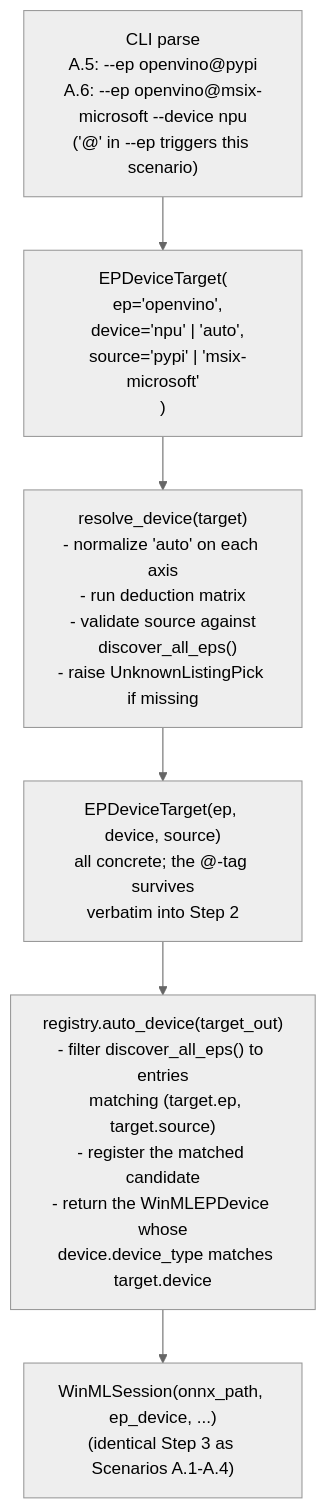
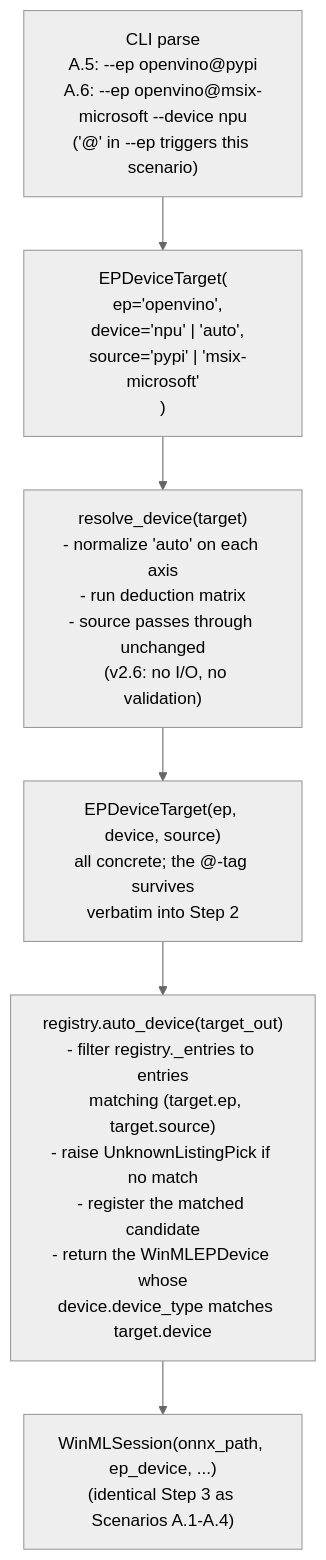
One commit to microsoft/winml-cli changed the second of 4 diagrams in docs/design/session/2_coreloop.md. Above: the diagram before and after it, drawn with Mermaid (neutral theme). The commit also changed other lines of this file and 5 other files, not shown here.

````diff
--- a/docs/design/session/2_coreloop.md
+++ b/docs/design/session/2_coreloop.md
@@ -663,15 +674,15 @@
 ```mermaid
 flowchart TD
     cli["CLI parse<br/>A.5: --ep openvino@pypi<br/>A.6: --ep openvino@msix-microsoft --device npu<br/>('@' in --ep triggers this scenario)"]
     target_in["EPDeviceTarget(<br/>  ep='openvino',<br/>  device='npu' | 'auto',<br/>  source='pypi' | 'msix-microsoft'<br/>)"]
-    resolve["resolve_device(target)<br/>- normalize 'auto' on each axis<br/>- run deduction matrix<br/>- validate source against<br/>  discover_all_eps()<br/>- raise UnknownListingPick if missing"]
+    resolve["resolve_device(target)<br/>- normalize 'auto' on each axis<br/>- run deduction matrix<br/>- source passes through unchanged<br/>  (v2.6: no I/O, no validation)"]
     target_out["EPDeviceTarget(ep, device, source)<br/>all concrete; the @-tag survives<br/>verbatim into Step 2"]
-    auto["registry.auto_device(target_out)<br/>- filter discover_all_eps() to entries<br/>  matching (target.ep, target.source)<br/>- register the matched candidate<br/>- return the WinMLEPDevice whose<br/>  device.device_type matches target.device"]
+    auto["registry.auto_device(target_out)<br/>- filter registry._entries to entries<br/>  matching (target.ep, target.source)<br/>- raise UnknownListingPick if no match<br/>- register the matched candidate<br/>- return the WinMLEPDevice whose<br/>  device.device_type matches target.device"]
     rest["WinMLSession(onnx_path, ep_device, ...)<br/>(identical Step 3 as Scenarios A.1-A.4)"]
 
     cli --> target_in
     target_in --> resolve
     resolve --> target_out
     target_out --> auto
     auto --> rest
 ```
````
